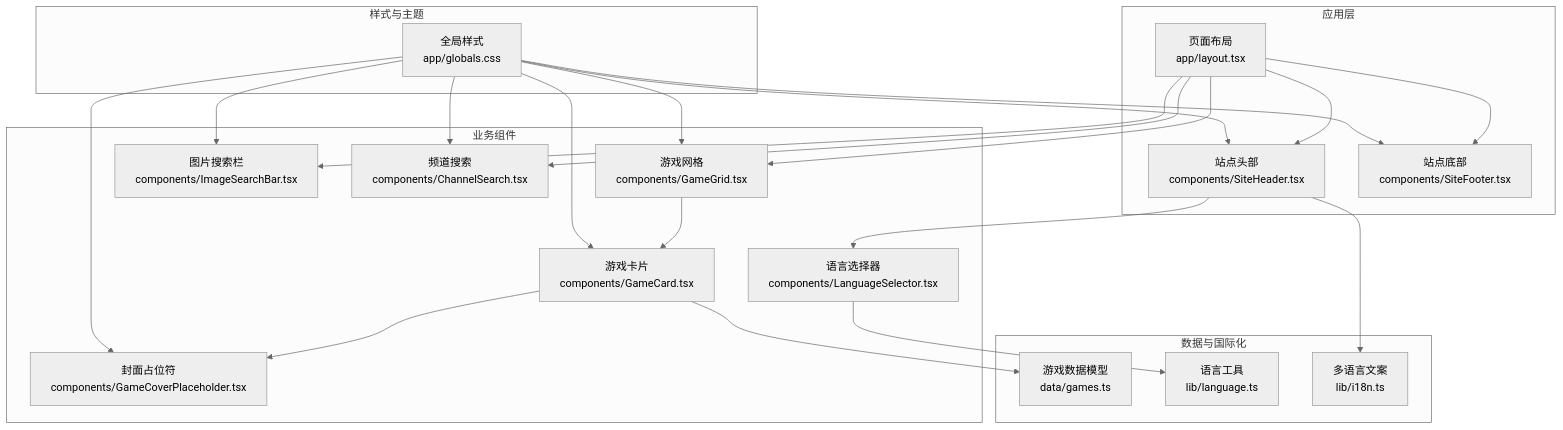
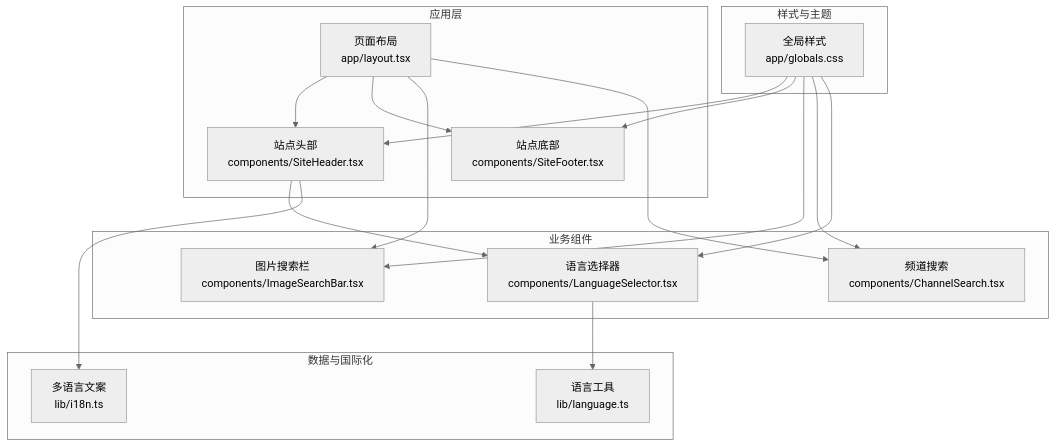
The first of 4 diagrams in .qoder/repowiki/zh/content/前端组件/通用UI组件.md (pnnh/weable), drawn with Mermaid (neutral theme) before and after one commit. The commit also changed other lines of this file and 187 other files, not shown here.

````diff
--- a/.qoder/repowiki/zh/content/前端组件/通用UI组件.md
+++ b/.qoder/repowiki/zh/content/前端组件/通用UI组件.md
@@ -39,42 +45,32 @@
 ```mermaid
 graph TB
 subgraph "应用层"
 A["页面布局<br/>app/layout.tsx"]
 B["站点头部<br/>components/SiteHeader.tsx"]
 C["站点底部<br/>components/SiteFooter.tsx"]
 end
 subgraph "业务组件"
-D["游戏网格<br/>components/GameGrid.tsx"]
-E["游戏卡片<br/>components/GameCard.tsx"]
-F["封面占位符<br/>components/GameCoverPlaceholder.tsx"]
-G["图片搜索栏<br/>components/ImageSearchBar.tsx"]
-H["频道搜索<br/>components/ChannelSearch.tsx"]
-I["语言选择器<br/>components/LanguageSelector.tsx"]
+D["图片搜索栏<br/>components/ImageSearchBar.tsx"]
+E["频道搜索<br/>components/ChannelSearch.tsx"]
+F["语言选择器<br/>components/LanguageSelector.tsx"]
 end
 subgraph "数据与国际化"
-J["游戏数据模型<br/>data/games.ts"]
-K["语言工具<br/>lib/language.ts"]
-L["多语言文案<br/>lib/i18n.ts"]
+G["语言工具<br/>lib/language.ts"]
+H["多语言文案<br/>lib/i18n.ts"]
 end
 subgraph "样式与主题"
-M["全局样式<br/>app/globals.css"]
+I["全局样式<br/>app/globals.css"]
 end
 A --> B
 A --> C
 A --> D
-D --> E
-E --> F
-A --> G
-A --> H
-B --> I
-E --> J
-B --> L
-I --> K
-M --> B
-M --> C
-M --> D
-M --> E
-M --> F
-M --> G
-M --> H
+A --> E
+B --> F
+B --> H
+F --> G
+I --> B
+I --> C
+I --> D
+I --> E
+I --> F
 ```
````
